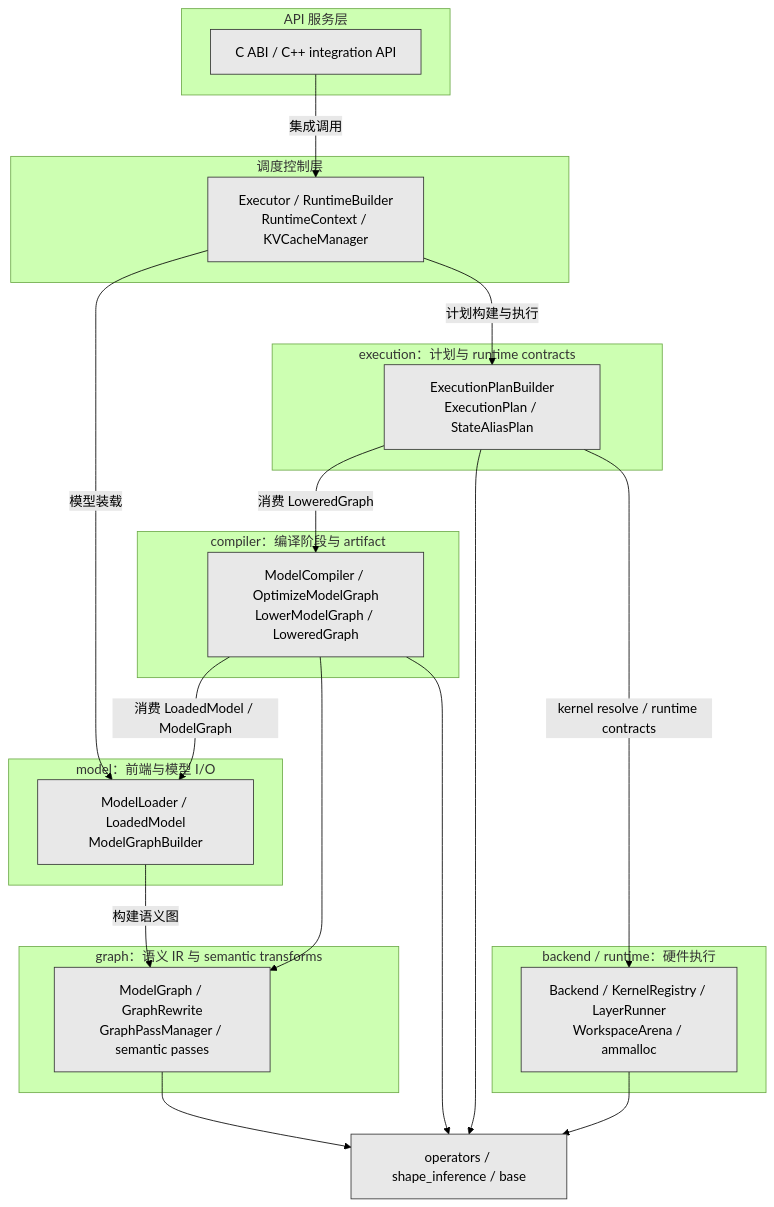
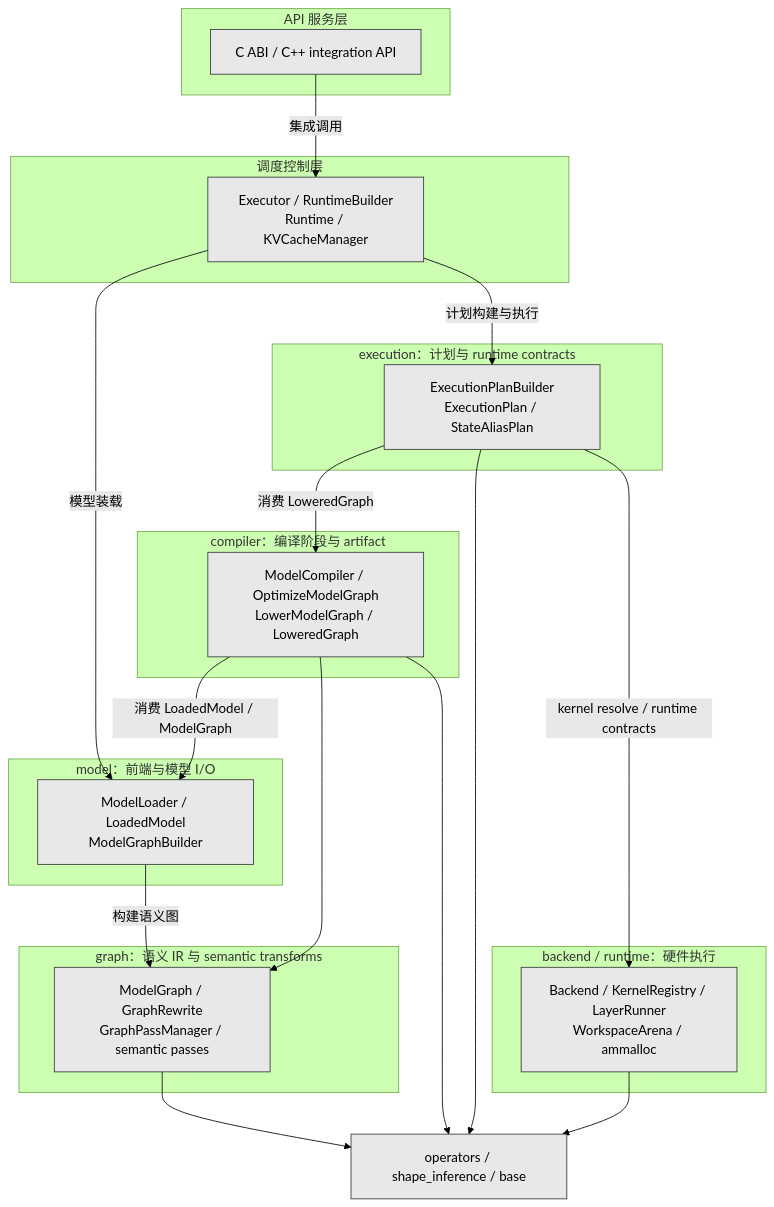
The fifth of 5 diagrams in docs/designs/architecture/architecture_overview.md (fengjiran/AetherMind), drawn with Mermaid (forest theme) before and after one commit. The commit also changed other lines of this file and 3 other files, not shown here.

First line of the commit message:
docs: sync AGENTS and architecture overview for Runtime/ExecutionContext

````diff
--- a/docs/designs/architecture/architecture_overview.md
+++ b/docs/designs/architecture/architecture_overview.md
@@ -341,48 +342,48 @@
 ```mermaid
 flowchart TB
     subgraph API["API 服务层"]
         A["C ABI / C++ integration API"]
     end
 
     subgraph CONTROL["调度控制层"]
-        B["Executor / RuntimeBuilder<br/>RuntimeContext / KVCacheManager"]
+        B["Executor / RuntimeBuilder<br/>Runtime / KVCacheManager"]
     end
 
     subgraph MODEL["model：前端与模型 I/O"]
         M["ModelLoader / LoadedModel<br/>ModelGraphBuilder"]
     end
 
     subgraph GRAPH["graph：语义 IR 与 semantic transforms"]
         G["ModelGraph / GraphRewrite<br/>GraphPassManager / semantic passes"]
     end
 
     subgraph COMPILER["compiler：编译阶段与 artifact"]
         C["ModelCompiler / OptimizeModelGraph<br/>LowerModelGraph / LoweredGraph"]
     end
 
     subgraph EXECUTION["execution：计划与 runtime contracts"]
         E["ExecutionPlanBuilder<br/>ExecutionPlan / StateAliasPlan"]
     end
 
     subgraph BACKEND["backend / runtime：硬件执行"]
         D["Backend / KernelRegistry / LayerRunner<br/>WorkspaceArena / ammalloc"]
     end
 
     S["operators / shape_inference / base"]
 
     A -->|"集成调用"| B
     B -->|"计划构建与执行"| E
     B -->|"模型装载"| M
     M -->|"构建语义图"| G
     C -->|"消费 LoadedModel / ModelGraph"| M
     C --> G
     E -->|"消费 LoweredGraph"| C
     E -->|"kernel resolve / runtime contracts"| D
     G --> S
     C --> S
     E --> S
     D --> S
 
     classDef layer fill:#e8e8e8,stroke:#333
     class A,B,M,G,C,E,D,S layer
 ```
````
